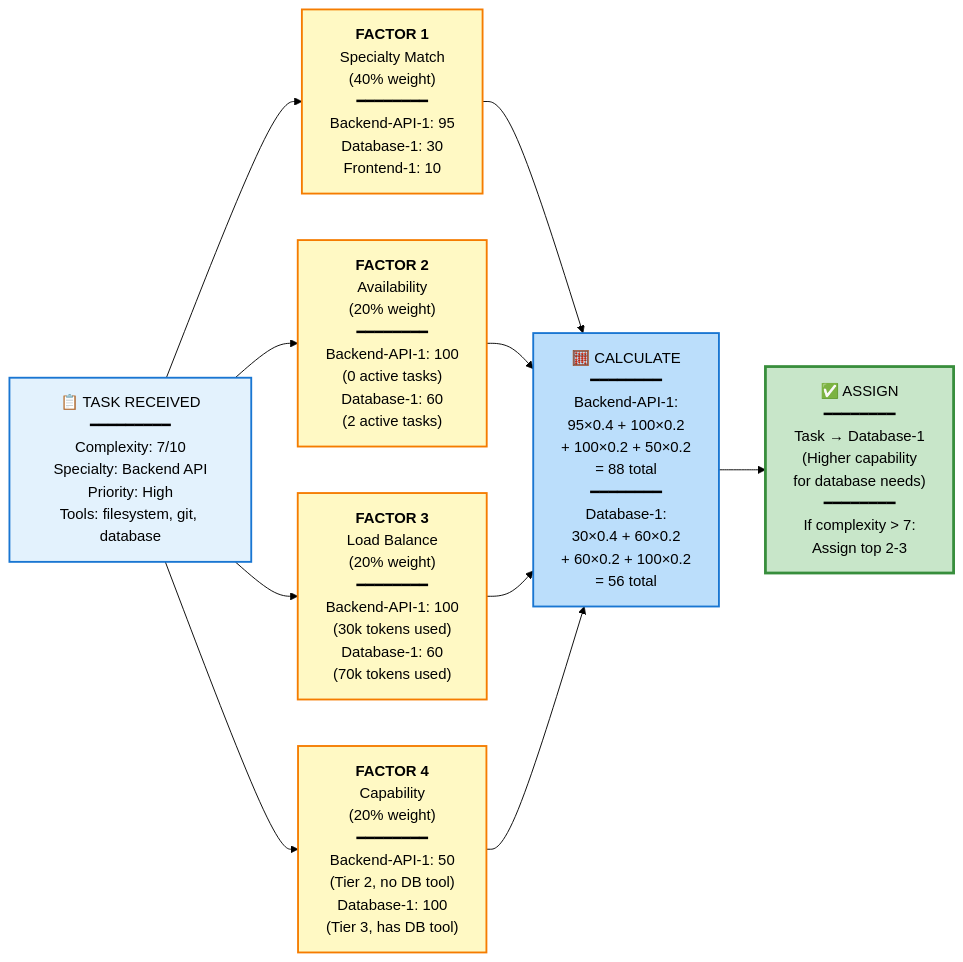
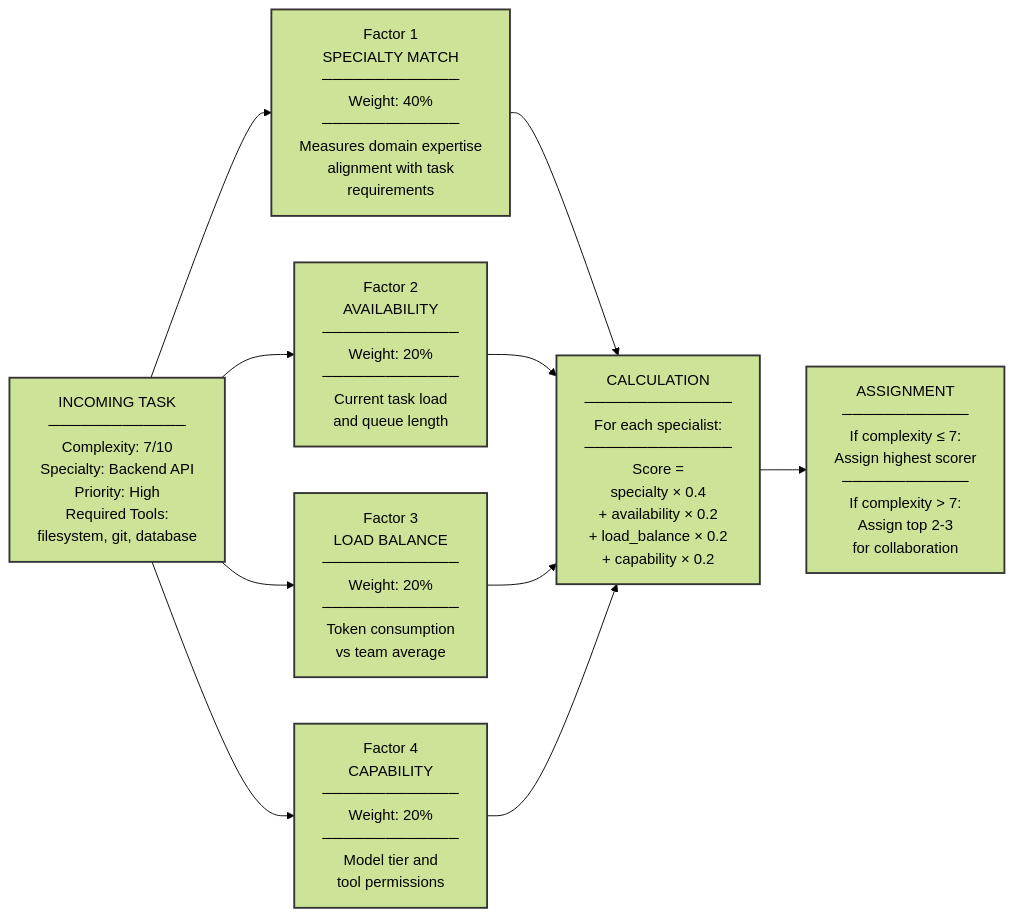
One commit to MRiARC/ai-coding-harness changed the fourth of 10 diagrams in README.md. Above: the diagram before and after it, drawn with Mermaid (forest theme). The commit also changed other lines of this file, not shown here.

Commit message:
Refactor: Professional B&W diagrams with improved clarity and structure

````diff
--- a/README.md
+++ b/README.md
@@ -169,36 +177,28 @@
 ```mermaid
 graph LR
-    Task["📋 TASK RECEIVED<br/>━━━━━━━━━<br/>Complexity: 7/10<br/>Specialty: Backend API<br/>Priority: High<br/>Tools: filesystem, git, database"]
+    Task["INCOMING TASK<br/>─────────────<br/>Complexity: 7/10<br/>Specialty: Backend API<br/>Priority: High<br/>Required Tools:<br/>filesystem, git, database"]
     
-    Factor1["<b>FACTOR 1</b><br/>Specialty Match<br/>(40% weight)<br/>━━━━━━━━<br/>Backend-API-1: 95<br/>Database-1: 30<br/>Frontend-1: 10"]
+    F1["Factor 1<br/>SPECIALTY MATCH<br/>─────────────<br/>Weight: 40%<br/>─────────────<br/>Measures domain expertise<br/>alignment with task<br/>requirements"]
     
-    Factor2["<b>FACTOR 2</b><br/>Availability<br/>(20% weight)<br/>━━━━━━━━<br/>Backend-API-1: 100<br/>(0 active tasks)<br/>Database-1: 60<br/>(2 active tasks)"]
+    F2["Factor 2<br/>AVAILABILITY<br/>─────────────<br/>Weight: 20%<br/>─────────────<br/>Current task load<br/>and queue length"]
     
-    Factor3["<b>FACTOR 3</b><br/>Load Balance<br/>(20% weight)<br/>━━━━━━━━<br/>Backend-API-1: 100<br/>(30k tokens used)<br/>Database-1: 60<br/>(70k tokens used)"]
+    F3["Factor 3<br/>LOAD BALANCE<br/>─────────────<br/>Weight: 20%<br/>─────────────<br/>Token consumption<br/>vs team average"]
     
-    Factor4["<b>FACTOR 4</b><br/>Capability<br/>(20% weight)<br/>━━━━━━━━<br/>Backend-API-1: 50<br/>(Tier 2, no DB tool)<br/>Database-1: 100<br/>(Tier 3, has DB tool)"]
+    F4["Factor 4<br/>CAPABILITY<br/>─────────────<br/>Weight: 20%<br/>─────────────<br/>Model tier and<br/>tool permissions"]
     
-    Calculate["🧮 CALCULATE<br/>━━━━━━━━<br/>Backend-API-1:<br/>95×0.4 + 100×0.2<br/>+ 100×0.2 + 50×0.2<br/>= 88 total<br/>━━━━━━━━<br/>Database-1:<br/>30×0.4 + 60×0.2<br/>+ 60×0.2 + 100×0.2<br/>= 56 total"]
+    Calc["CALCULATION<br/>──────────────<br/>For each specialist:<br/>──────────────<br/>Score = <br/>specialty × 0.4<br/>+ availability × 0.2<br/>+ load_balance × 0.2<br/>+ capability × 0.2"]
     
-    Decision["✅ ASSIGN<br/>━━━━━━━━<br/>Task → Database-1<br/>(Higher capability<br/>for database needs)<br/>━━━━━━━━<br/>If complexity > 7:<br/>Assign top 2-3"]
+    Decision["ASSIGNMENT<br/>────────────<br/>If complexity ≤ 7:<br/>Assign highest scorer<br/>────────────<br/>If complexity > 7:<br/>Assign top 2-3<br/>for collaboration"]
     
-    Task --> Factor1
-    Task --> Factor2
-    Task --> Factor3
-    Task --> Factor4
+    Task --> F1
+    Task --> F2
+    Task --> F3
+    Task --> F4
+    F1 --> Calc
+    F2 --> Calc
+    F3 --> Calc
+    F4 --> Calc
+    Calc --> Decision
     
-    Factor1 --> Calculate
-    Factor2 --> Calculate
-    Factor3 --> Calculate
-    Factor4 --> Calculate
-    
-    Calculate --> Decision
-    
-    style Task fill:#E3F2FD,stroke:#1976D2,stroke-width:2px
-    style Factor1 fill:#FFF9C4,stroke:#F57C00,stroke-width:2px
-    style Factor2 fill:#FFF9C4,stroke:#F57C00,stroke-width:2px
-    style Factor3 fill:#FFF9C4,stroke:#F57C00,stroke-width:2px
-    style Factor4 fill:#FFF9C4,stroke:#F57C00,stroke-width:2px
-    style Calculate fill:#BBDEFB,stroke:#1976D2,stroke-width:2px
-    style Decision fill:#C8E6C9,stroke:#388E3C,stroke-width:3px
+    classDef default stroke:#333,stroke-width:2px
 ```
````
